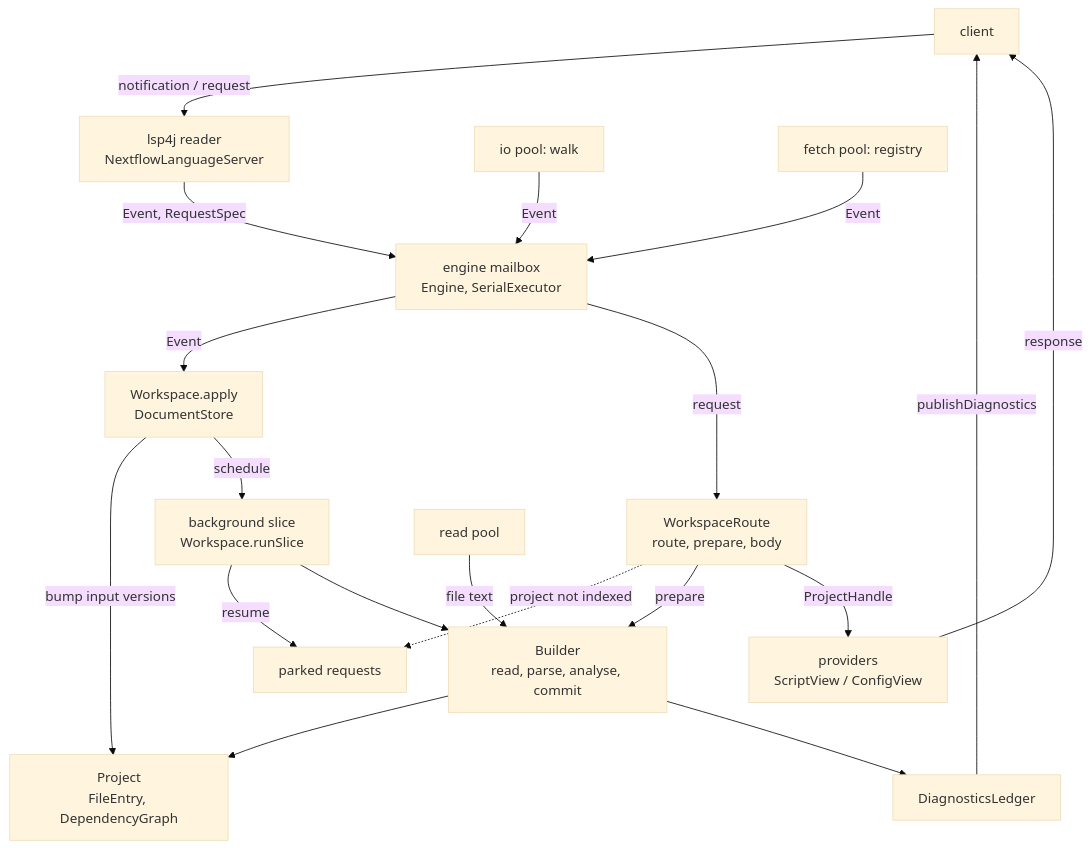
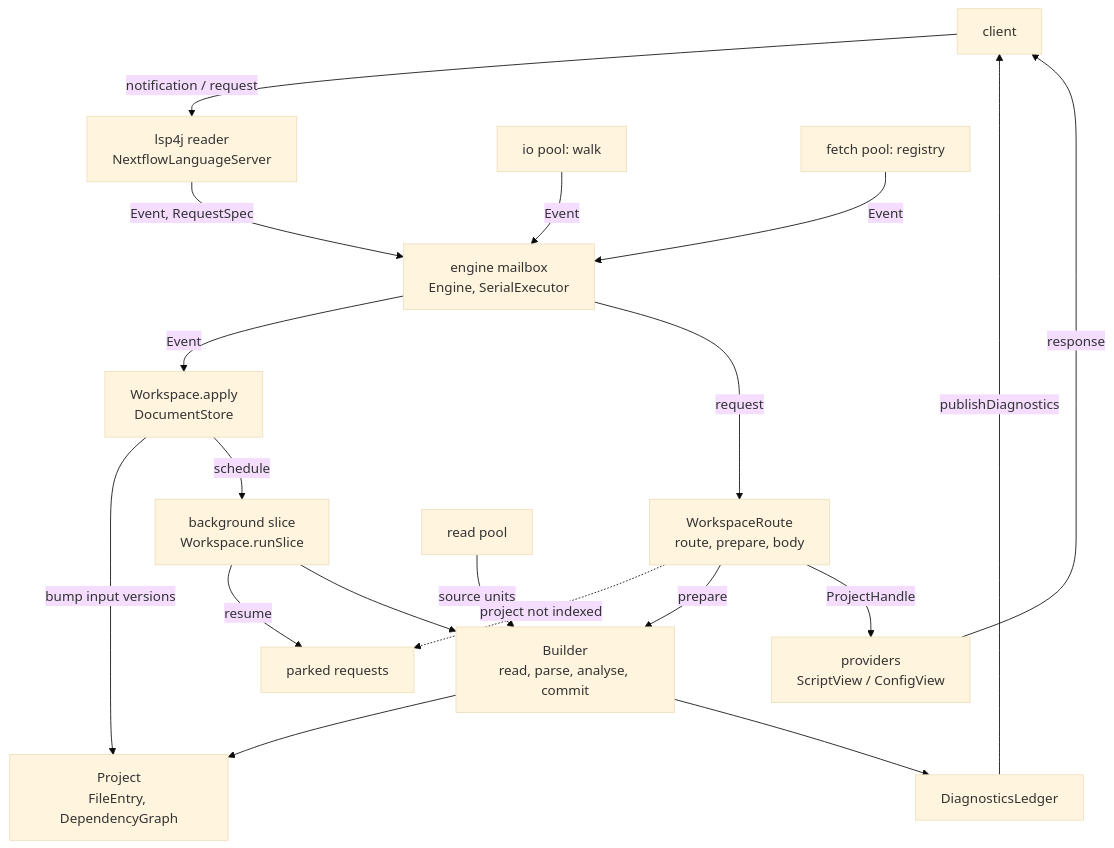
The diagram in docs/internals.md (nextflow-io/language-server), drawn with Mermaid (base theme) before and after one commit. The commit also changed other lines of this file and 4 other files, not shown here.

Commit message:
Parse files in parallel on the read pool (#196)

````diff
--- a/docs/internals.md
+++ b/docs/internals.md
@@ -56,21 +56,21 @@
 ```mermaid
 flowchart TB
     C[client] -->|notification / request| R[lsp4j reader<br/>NextflowLanguageServer]
     R -->|Event, RequestSpec| Q[engine mailbox<br/>Engine, SerialExecutor]
     Q -->|Event| EV[Workspace.apply<br/>DocumentStore]
     EV -->|bump input versions| P[Project<br/>FileEntry, DependencyGraph]
     EV -->|schedule| BG[background slice<br/>Workspace.runSlice]
     Q -->|request| RQ[WorkspaceRoute<br/>route, prepare, body]
     RQ -.->|project not indexed| PK[parked requests]
     BG -->|resume| PK
     BG --> B[Builder<br/>read, parse, analyse, commit]
     RQ -->|prepare| B
     B --> P
     B --> L[DiagnosticsLedger]
     L -->|publishDiagnostics| C
     RQ -->|ProjectHandle| PR[providers<br/>ScriptView / ConfigView]
     PR -->|response| C
     IO[io pool: walk] -->|Event| Q
     F[fetch pool: registry] -->|Event| Q
-    RP[read pool] -->|file text| B
+    RP[read pool] -->|source units| B
 ```
````
